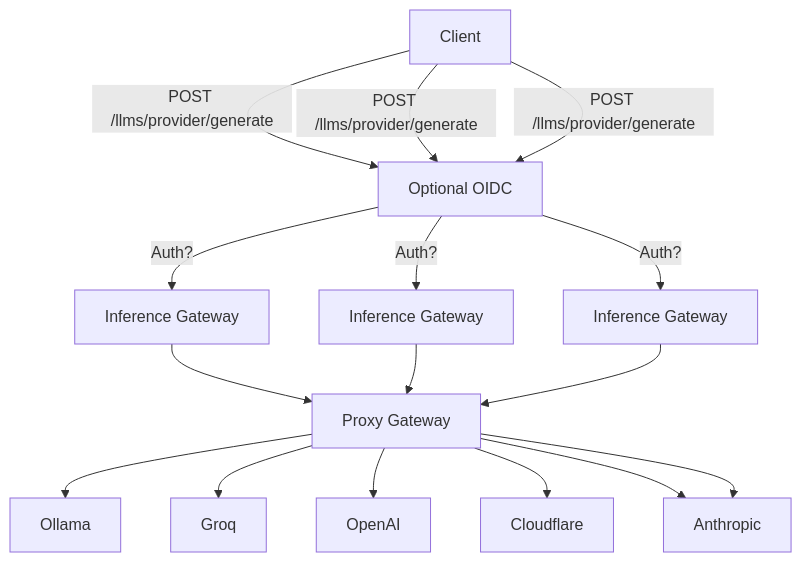
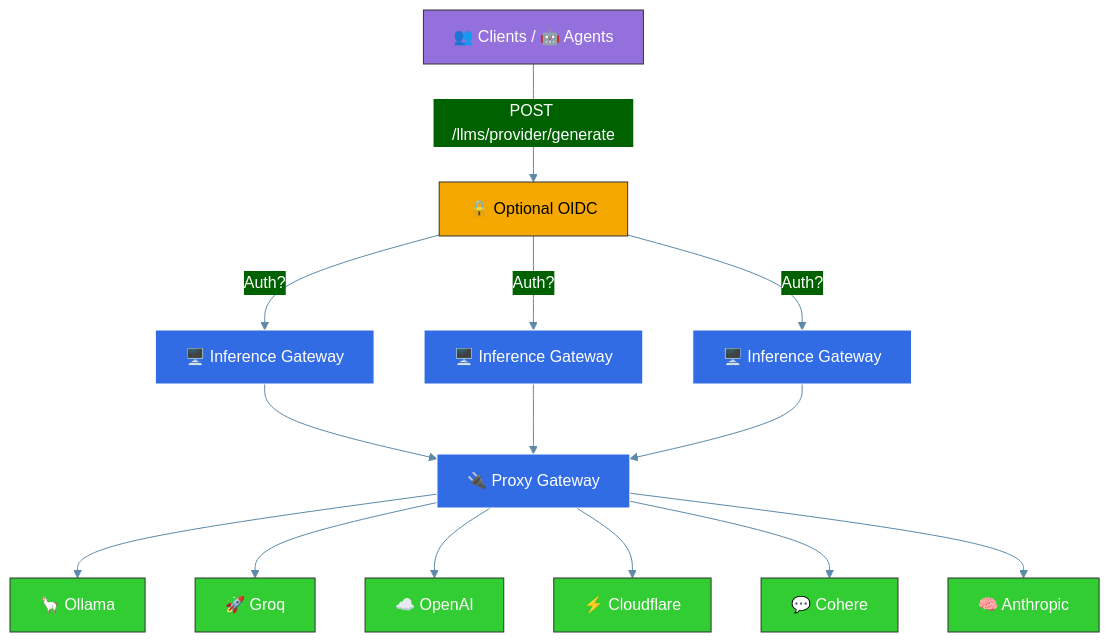
The diagram in README.md (sammcj/inference-gateway), drawn with Mermaid before and after one commit.

Commit message:
docs: Enhance diagram in README

````diff
--- a/README.md
+++ b/README.md
@@ -54,18 +54,38 @@
 ```mermaid
+%%{init: {'theme': 'base', 'themeVariables': { 'primaryColor': '#326CE5', 'primaryTextColor': '#fff', 'lineColor': '#5D8AA8', 'secondaryColor': '#006100' }, 'fontFamily': 'Arial', 'flowchart': {'nodeSpacing': 50, 'rankSpacing': 70, 'padding': 15}}}%%
+
+
 graph TD
-    A[Client] --> |POST /llms/provider/generate| Auth[Inference Gateway]
-    A[Client] --> |POST /llms/provider/generate| Auth[Inference Gateway]
-    A[Client] --> |POST /llms/provider/generate| Auth[Inference Gateway]
-    Auth[Optional OIDC] --> |Auth?| IG1[Inference Gateway]
-    Auth[Optional OIDC] --> |Auth?| IG2[Inference Gateway]
-    Auth[Optional OIDC] --> |Auth?| IG3[Inference Gateway]
-    IG1 --> P[Proxy Gateway]
-    IG2 --> P[Proxy Gateway]
-    IG3 --> P[Proxy Gateway]
-    P[Proxy Gateway] --> C[Ollama]
-    P[Proxy Gateway] --> D[Groq]
-    P[Proxy Gateway] --> E[OpenAI]
-    P[Proxy Gateway] --> G[Cloudflare]
-    P[Proxy Gateway] --> H[Cohere]
-    P[Proxy Gateway] --> H[Anthropic]
+    %% Client nodes
+    A["👥 Clients / 🤖 Agents"] --> |POST /llms/provider/generate| Auth
+
+    %% Auth node
+    Auth["🔒 Optional OIDC"] --> |Auth?| IG1
+    Auth --> |Auth?| IG2
+    Auth --> |Auth?| IG3
+
+    %% Gateway nodes
+    IG1["🖥️ Inference Gateway"] --> P
+    IG2["🖥️ Inference Gateway"] --> P
+    IG3["🖥️ Inference Gateway"] --> P
+
+    %% Proxy and providers
+    P["🔌 Proxy Gateway"] --> C["🦙 Ollama"]
+    P --> D["🚀 Groq"]
+    P --> E["☁️ OpenAI"]
+    P --> G["⚡ Cloudflare"]
+    P --> H1["💬 Cohere"]
+    P --> H2["🧠 Anthropic"]
+
+    %% Define styles
+    classDef client fill:#9370DB,stroke:#333,stroke-width:1px,color:white;
+    classDef auth fill:#F5A800,stroke:#333,stroke-width:1px,color:black;
+    classDef gateway fill:#326CE5,stroke:#fff,stroke-width:1px,color:white;
+    classDef provider fill:#32CD32,stroke:#333,stroke-width:1px,color:white;
+
+    %% Apply styles
+    class A client;
+    class Auth auth;
+    class IG1,IG2,IG3,P gateway;
+    class C,D,E,G,H1,H2 provider;
 ```
````
